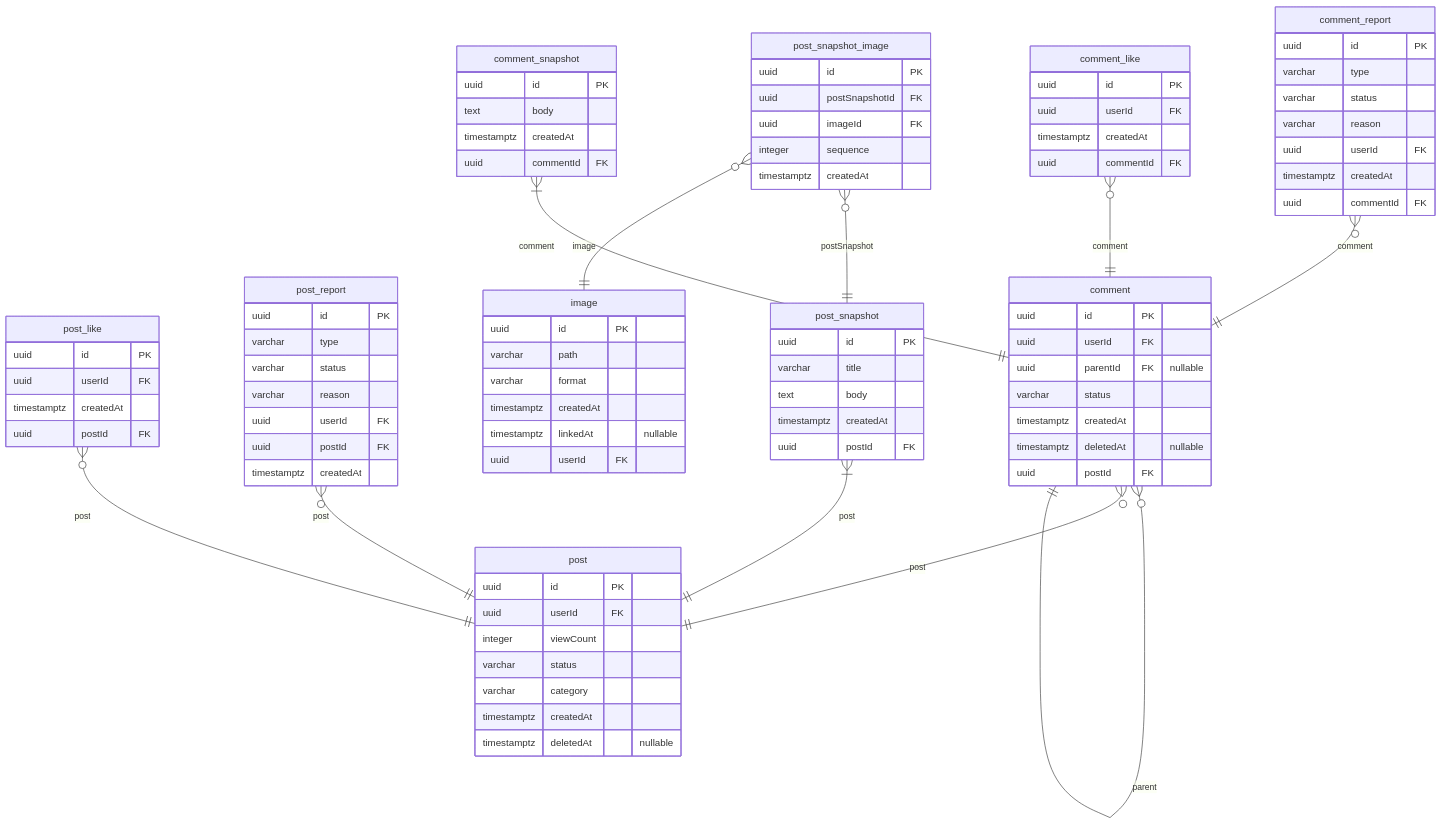
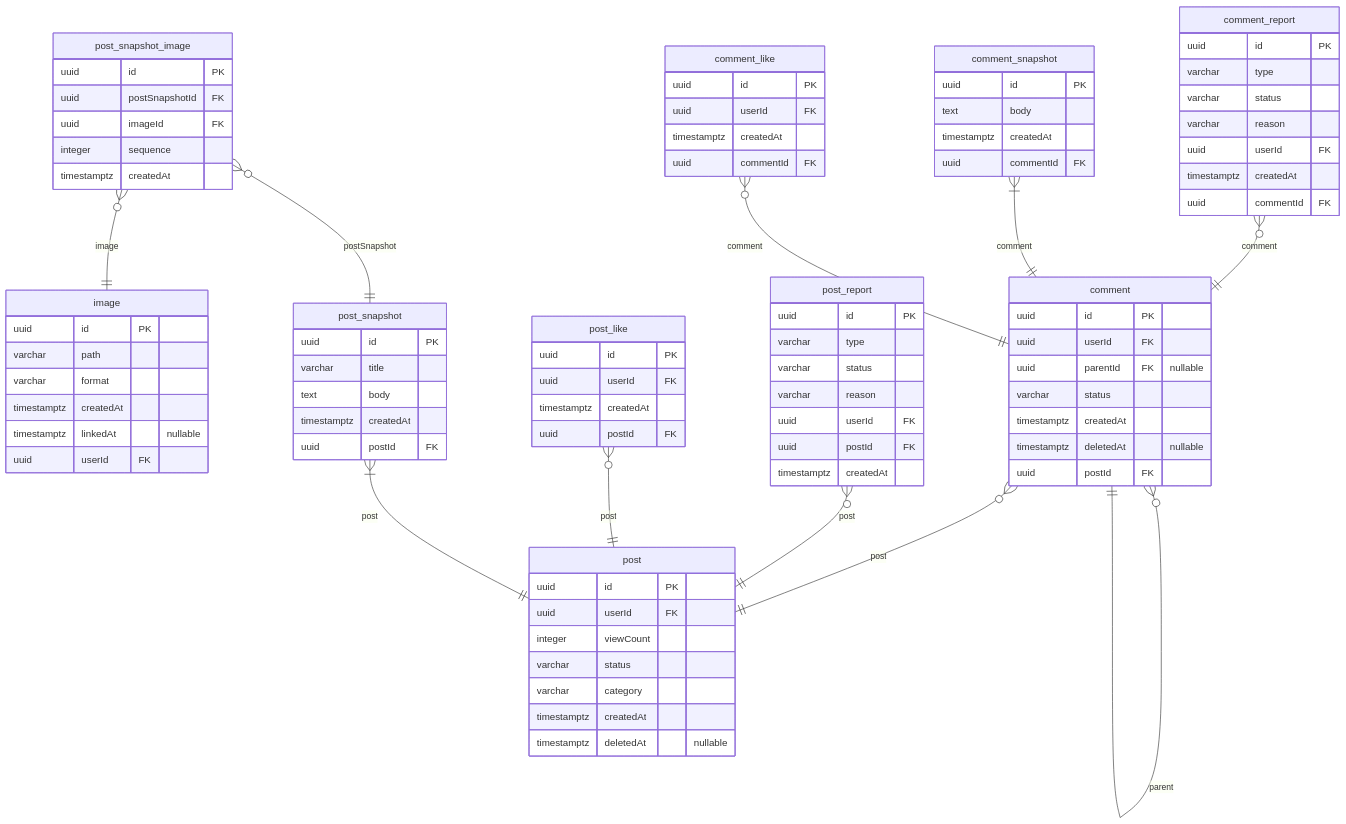
The fourth of 6 diagrams in docs/najiha-v2-erd.md (NAJUHA-JIUJITSU/najuha-v2-be), drawn with Mermaid before and after one commit. The commit also changed other lines of this file and 53 other files, not shown here.

````diff
--- a/docs/najiha-v2-erd.md
+++ b/docs/najiha-v2-erd.md
@@ -654,31 +637,25 @@
 ```mermaid
 erDiagram
-  post_like {
+  post_snapshot_image {
     uuid id PK
+    uuid postSnapshotId FK
+    uuid imageId FK
+    integer sequence
+    timestamptz createdAt
+  }
+  image {
+    uuid id PK
+    varchar path
+    varchar format
+    timestamptz createdAt
+    timestamptz linkedAt "nullable"
     uuid userId FK
-    timestamptz createdAt
-    uuid postId FK
-  }
-  post_report {
-    uuid id PK
-    varchar type
-    varchar status
-    varchar reason
-    uuid userId FK
-    uuid postId FK
-    timestamptz createdAt
   }
   comment_report {
     uuid id PK
     varchar type
     varchar status
     varchar reason
-    uuid userId FK
-    timestamptz createdAt
-    uuid commentId FK
-  }
-  comment_like {
-    uuid id PK
     uuid userId FK
     timestamptz createdAt
     uuid commentId FK
@@ -698,6 +675,27 @@
     timestamptz deletedAt "nullable"
     uuid postId FK
   }
+  comment_like {
+    uuid id PK
+    uuid userId FK
+    timestamptz createdAt
+    uuid commentId FK
+  }
+  post_report {
+    uuid id PK
+    varchar type
+    varchar status
+    varchar reason
+    uuid userId FK
+    uuid postId FK
+    timestamptz createdAt
+  }
+  post_like {
+    uuid id PK
+    uuid userId FK
+    timestamptz createdAt
+    uuid postId FK
+  }
   post {
     uuid id PK
     uuid userId FK
@@ -714,29 +712,14 @@
     timestamptz createdAt
     uuid postId FK
   }
-  post_snapshot_image {
-    uuid id PK
-    uuid postSnapshotId FK
-    uuid imageId FK
-    integer sequence
-    timestamptz createdAt
-  }
-  image {
-    uuid id PK
-    varchar path
-    varchar format
-    timestamptz createdAt
-    timestamptz linkedAt "nullable"
-    uuid userId FK
-  }
-  post_like }o--|| post: post
-  post_report }o--|| post: post
+  post_snapshot_image }o--|| post_snapshot: postSnapshot
+  post_snapshot_image }o--|| image: image
   comment_report }o--|| comment: comment
-  comment_like }o--|| comment: comment
   comment_snapshot }|--|| comment: comment
   comment }o--|| comment: parent
   comment }o--|| post: post
+  comment_like }o--|| comment: comment
+  post_report }o--|| post: post
+  post_like }o--|| post: post
   post_snapshot }|--|| post: post
-  post_snapshot_image }o--|| post_snapshot: postSnapshot
-  post_snapshot_image }o--|| image: image
 ```
````
